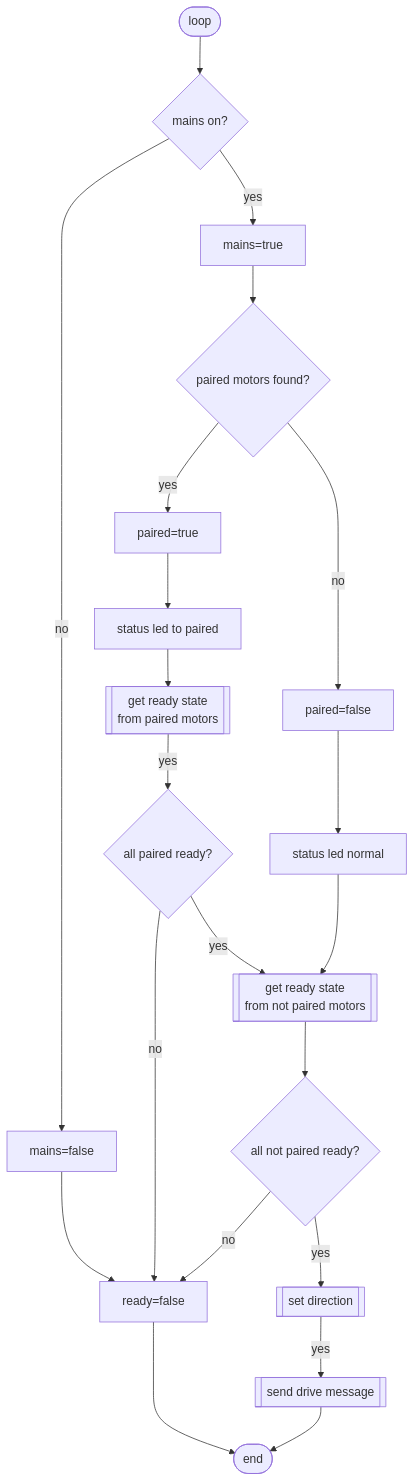
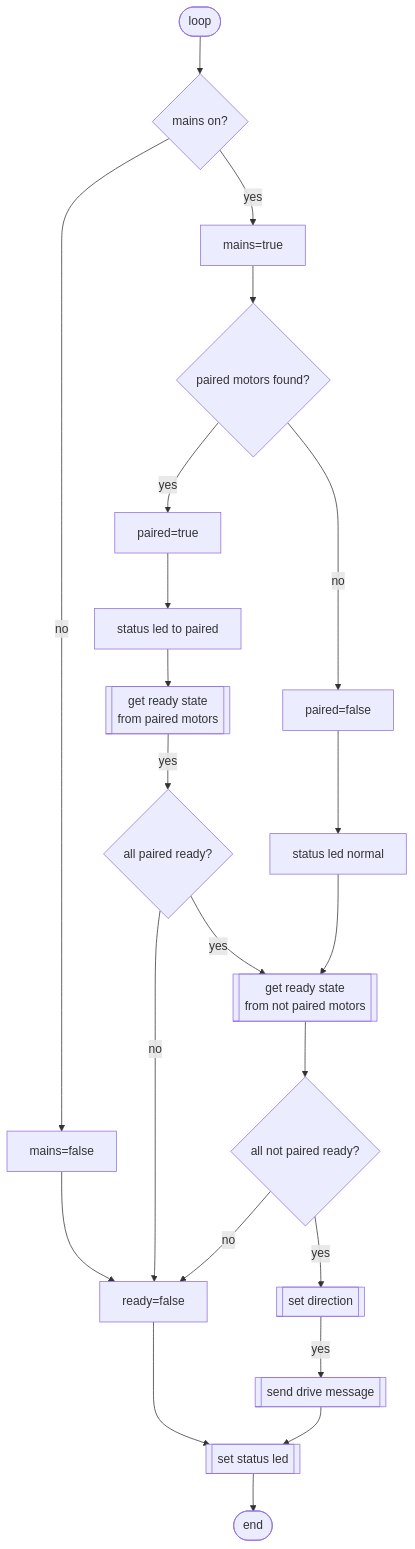
Before and after one commit to loco-can/loco-can-software: the diagram in Loco_can_controler/README.md, drawn with Mermaid.

````diff
--- a/Loco_can_controler/README.md
+++ b/Loco_can_controler/README.md
@@ -130,23 +130,24 @@
 ```mermaid
 flowchart TD
     BEGIN([loop]) --> MAINS_ON{mains on?}
     MAINS_ON -->|no| MOFF[mains=false]
     MOFF --> ROFF
     MAINS_ON -->|yes| MON[mains=true]
     MON --> ON{paired motors found?}
     ON -->|yes| PON[paired=true]
     ON -->|no| POFF[paired=false]
     PON --> PON_LED[status led to paired]
     PON_LED --> PON_GET[[get ready state\nfrom paired motors]]
     PON_GET -->|yes| PON_READY{all paired ready?}
     PON_READY -->|no| ROFF[ready=false]
-    ROFF --> END([END])
+    ROFF --> STATUS([END])
     PON_READY -->|yes| POFF_GET
     RON -->|yes| SEND[[send drive message]]
     POFF --> POFF_LED[status led normal]
     POFF_LED --> POFF_GET[[get ready state\nfrom not paired motors]]
     POFF_GET --> POFF_READY{all not paired ready?}
     POFF_READY -->|no| ROFF
     POFF_READY -->|yes| RON[[set direction]]
-    SEND --> END([end])
+    SEND --> STATUS[[set status led]]
+    STATUS --> END([end])
 ```
````
